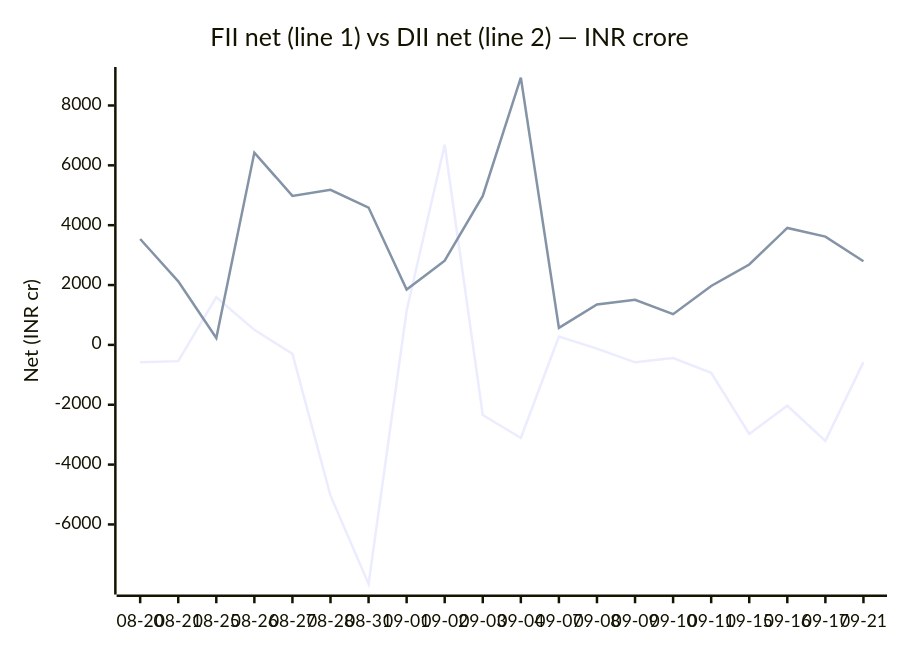
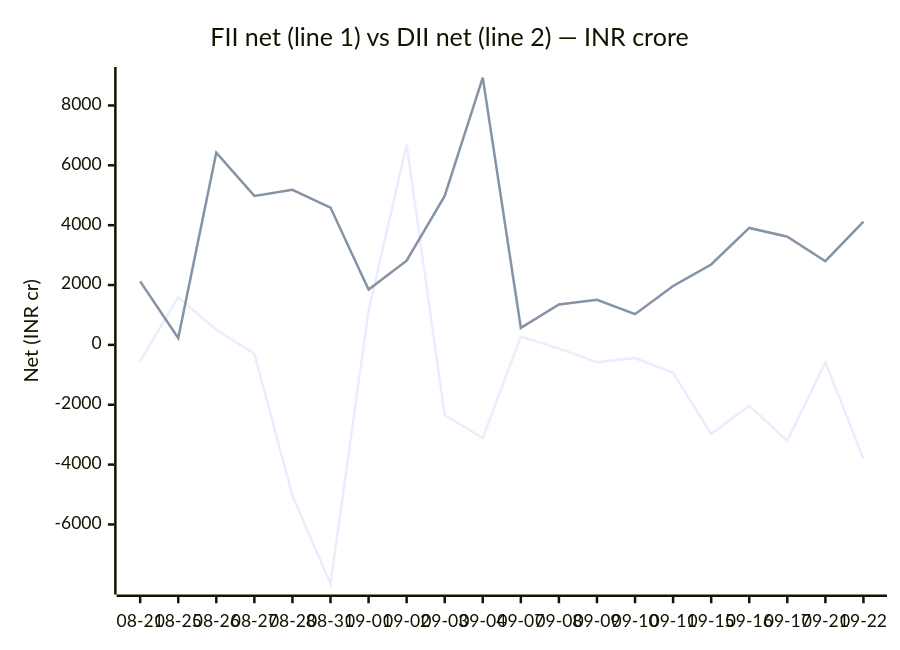
One commit to chirag127/fii-dii-activity-api changed the second of 2 diagrams in README.md. Above: the diagram before and after it, drawn with Mermaid. The commit also changed 2 other files, not shown here.

Commit message:
data: scrape 2026-09-23

````diff
--- a/README.md
+++ b/README.md
@@ -53,8 +53,8 @@
 ```mermaid
 xychart-beta
     title "FII net (line 1) vs DII net (line 2) — INR crore"
-    x-axis ["08-20", "08-21", "08-25", "08-26", "08-27", "08-28", "08-31", "09-01", "09-02", "09-03", "09-04", "09-07", "09-08", "09-09", "09-10", "09-11", "09-15", "09-16", "09-17", "09-21"]
+    x-axis ["08-21", "08-25", "08-26", "08-27", "08-28", "08-31", "09-01", "09-02", "09-03", "09-04", "09-07", "09-08", "09-09", "09-10", "09-11", "09-15", "09-16", "09-17", "09-21", "09-22"]
     y-axis "Net (INR cr)" -7986 --> 8931
-    line [-583.36, -542.71, 1593.53, 502.63, -298.26, -5039.8, -7985.88, 1143.38, 6688.37, -2345.87, -3111.94, 280.13, -123.19, -582.99, -438.24, -930.9, -2977.86, -2032.61, -3208.76, -576.2]
-    line [3537.71, 2124.14, 230.26, 6425.16, 4977.17, 5183.93, 4588.88, 1846.94, 2812.98, 4977.46, 8930.12, 566.76, 1349.64, 1509.04, 1025.85, 1968.17, 2686.05, 3908.23, 3617.75, 2797.27]
+    line [-542.71, 1593.53, 502.63, -298.26, -5039.8, -7985.88, 1143.38, 6688.37, -2345.87, -3111.94, 280.13, -123.19, -582.99, -438.24, -930.9, -2977.86, -2032.61, -3208.76, -576.2, -3809.99]
+    line [2124.14, 230.26, 6425.16, 4977.17, 5183.93, 4588.88, 1846.94, 2812.98, 4977.46, 8930.12, 566.76, 1349.64, 1509.04, 1025.85, 1968.17, 2686.05, 3908.23, 3617.75, 2797.27, 4120.07]
 ```
````
